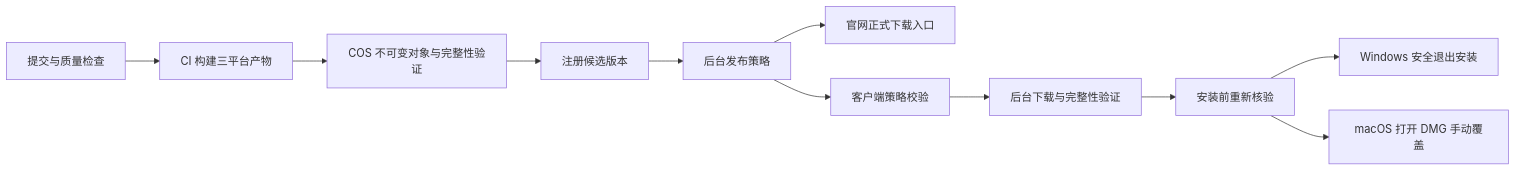
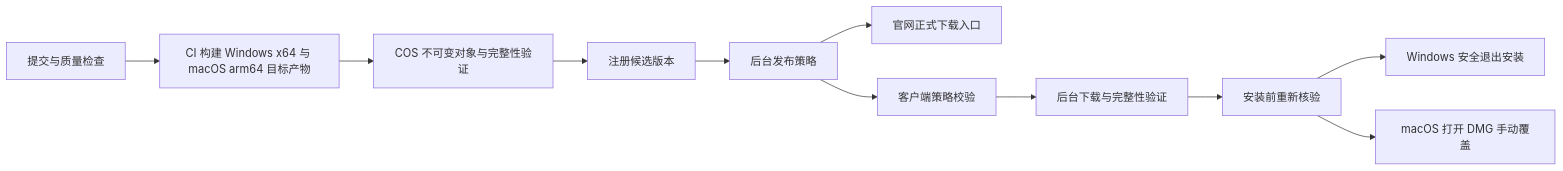
One commit to SmartSunruiyang/WenXue changed the diagram in .project.agents/docs/superpowers/plans/2026-09-25-desktop-release-notifications-updates.md. Above: the diagram before and after it, drawn with Mermaid. The commit also changed other lines of this file and 19 other files, not shown here.

````diff
--- a/.project.agents/docs/superpowers/plans/2026-09-25-desktop-release-notifications-updates.md
+++ b/.project.agents/docs/superpowers/plans/2026-09-25-desktop-release-notifications-updates.md
@@ -60,13 +62,13 @@
 ```mermaid
 flowchart LR
-    A[提交与质量检查] --> B[CI 构建三平台产物]
+    A[提交与质量检查] --> B[CI 构建 Windows x64 与 macOS arm64 目标产物]
     B --> C[COS 不可变对象与完整性验证]
     C --> D[注册候选版本]
     D --> E[后台发布策略]
     E --> F[官网正式下载入口]
     E --> G[客户端策略校验]
     G --> H[后台下载与完整性验证]
     H --> I[安装前重新核验]
     I --> J[Windows 安全退出安装]
     I --> K[macOS 打开 DMG 手动覆盖]
 ```
````
